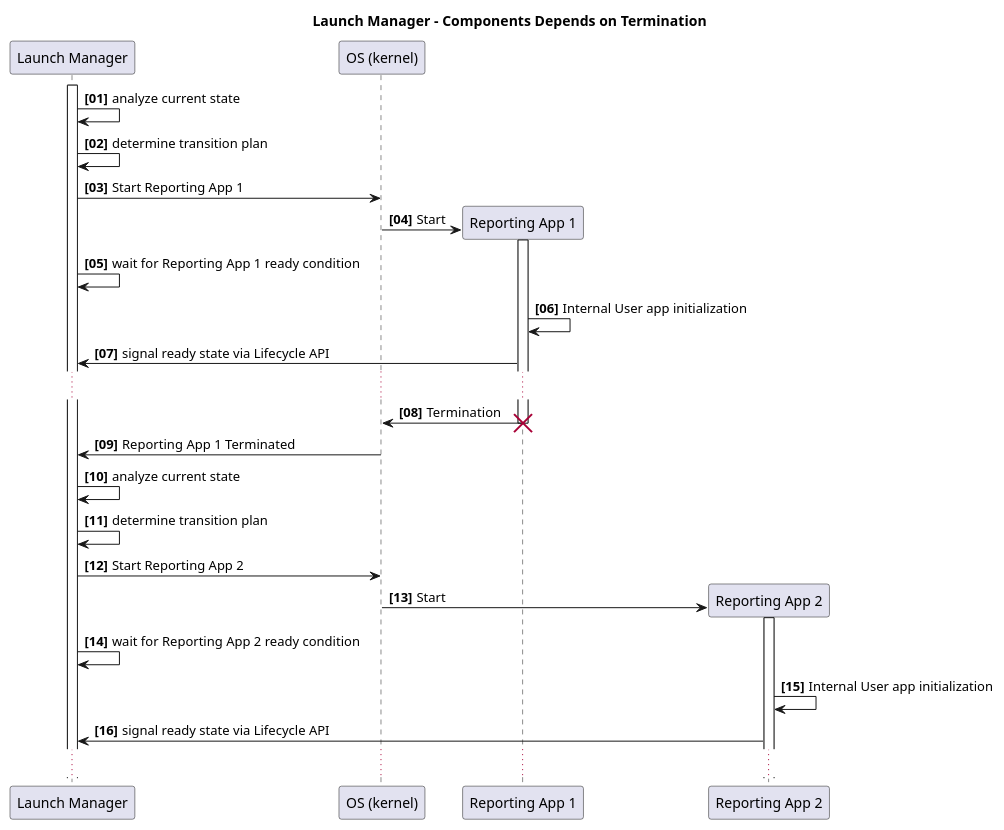
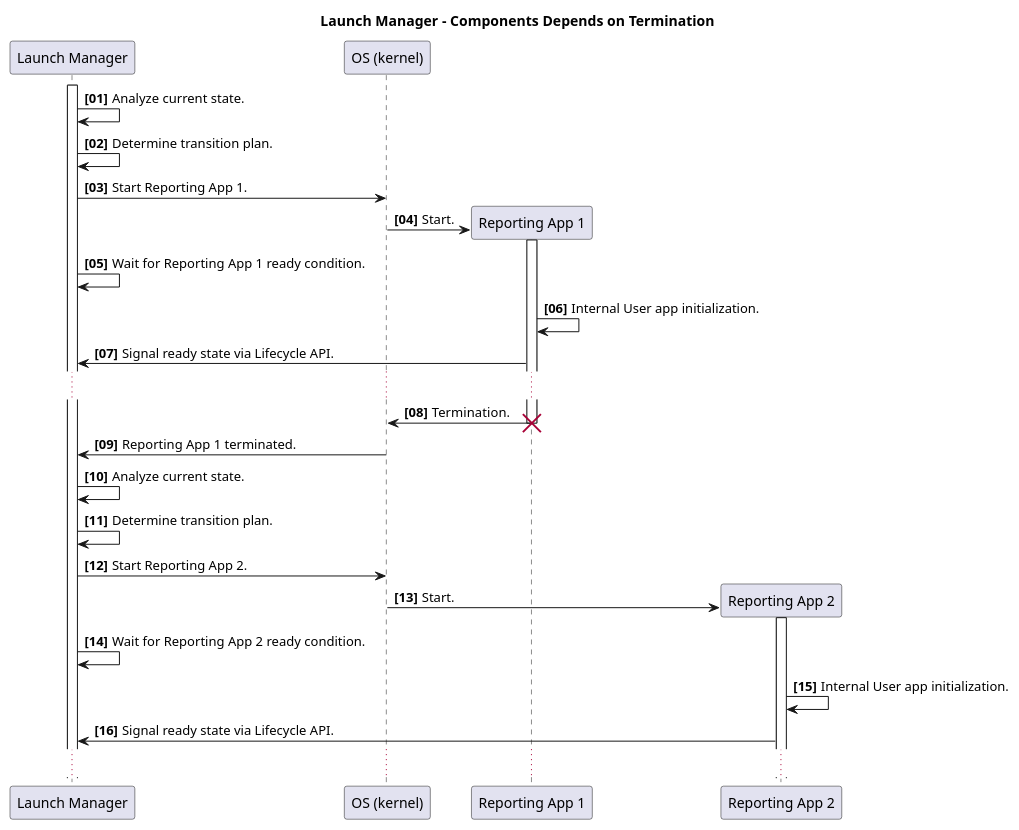
Before and after one commit to eclipse-score/lifecycle: the diagram in docs/features/lifecycle/architecture/_assets/launch_manager_terminate_dep.puml, drawn with PlantUML. The commit also changed 11 other files, not shown here.

```diff
--- a/docs/features/lifecycle/architecture/_assets/launch_manager_terminate_dep.puml
+++ b/docs/features/lifecycle/architecture/_assets/launch_manager_terminate_dep.puml
@@ -14,39 +14,39 @@
 @startuml
 title Launch Manager - Components Depends on Termination
 
 autonumber "<b>[00]"
 
 participant "Launch Manager" as LM
 participant "OS (kernel)" as kernel
 participant "Reporting App 1" as app1
 participant "Reporting App 2" as app2
 activate LM
 
-LM -> LM: analyze current state
-LM -> LM: determine transition plan
+LM -> LM: Analyze current state.
+LM -> LM: Determine transition plan.
 
-LM -> kernel: Start Reporting App 1
-kernel -> app1 **: Start
+LM -> kernel: Start Reporting App 1.
+kernel -> app1 **: Start.
 activate app1
-LM -> LM: wait for Reporting App 1 ready condition
-app1 -> app1: Internal User app initialization
-app1 -> LM: signal ready state via Lifecycle API
+LM -> LM: Wait for Reporting App 1 ready condition.
+app1 -> app1: Internal User app initialization.
+app1 -> LM: Signal ready state via Lifecycle API.
 
 ...
 
-app1 -> kernel: Termination
+app1 -> kernel: Termination.
 destroy app1
-kernel -> LM: Reporting App 1 Terminated
+kernel -> LM: Reporting App 1 terminated.
 deactivate app1
 
-LM -> LM: analyze current state
-LM -> LM: determine transition plan
+LM -> LM: Analyze current state.
+LM -> LM: Determine transition plan.
 
-LM -> kernel: Start Reporting App 2
-kernel -> app2 **: Start
+LM -> kernel: Start Reporting App 2.
+kernel -> app2 **: Start.
 activate app2
-LM -> LM: wait for Reporting App 2 ready condition
-app2 -> app2: Internal User app initialization
-app2 -> LM: signal ready state via Lifecycle API
+LM -> LM: Wait for Reporting App 2 ready condition.
+app2 -> app2: Internal User app initialization.
+app2 -> LM: Signal ready state via Lifecycle API.
 ...
 @enduml
```
